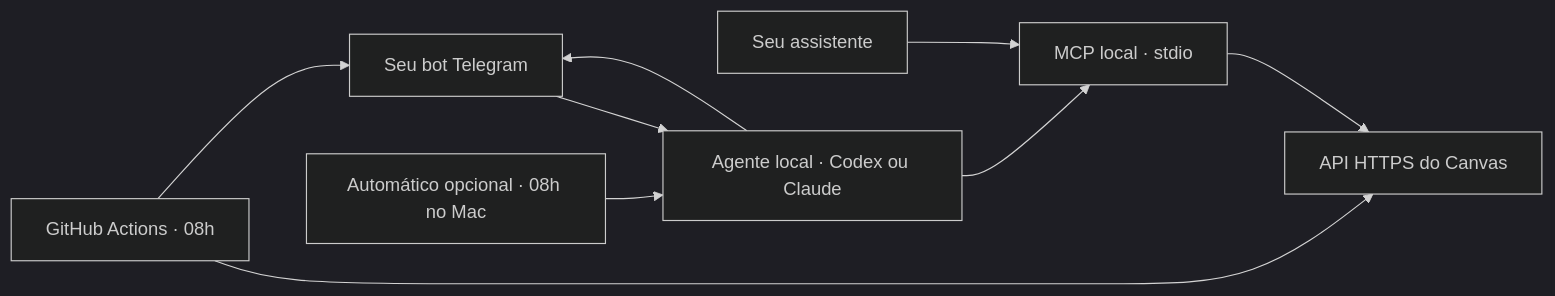
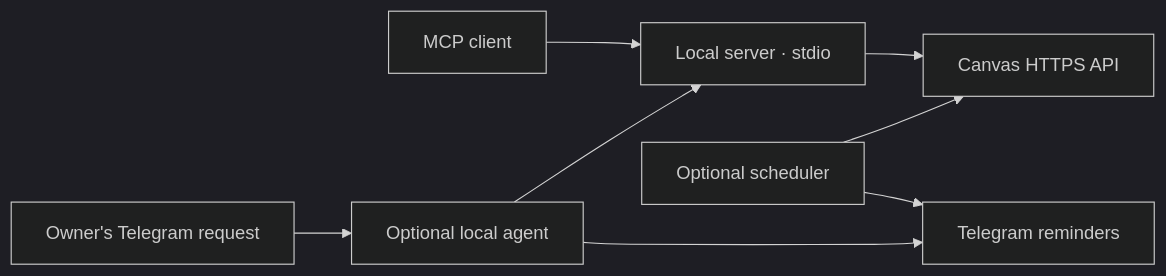
Before and after one commit to arthurcuri/mcp-instructure-canvas: the diagram in README.md, drawn with Mermaid (dark theme). The commit also changed other lines of this file and 67 other files, not shown here.

````diff
--- a/README.md
+++ b/README.md
@@ -43,11 +108,10 @@
 ```mermaid
 flowchart LR
-  Client["Seu assistente"] --> MCP["MCP local · stdio"]
-  MCP --> Canvas["API HTTPS do Canvas"]
-  Actions["GitHub Actions · 08h"] --> Canvas
-  Actions --> Bot["Seu bot Telegram"]
-  Bot --> Agent["Agente local · Codex ou Claude"]
+  Client["MCP client"] --> MCP["Local server · stdio"]
+  MCP --> Canvas["Canvas HTTPS API"]
+  Scheduler["Optional scheduler"] --> Canvas
+  Scheduler --> Telegram["Telegram reminders"]
+  Owner["Owner's Telegram request"] --> Agent["Optional local agent"]
   Agent --> MCP
-  Agent --> Bot
-  Auto["Automático opcional · 08h no Mac"] --> Agent
+  Agent --> Telegram
 ```
````
